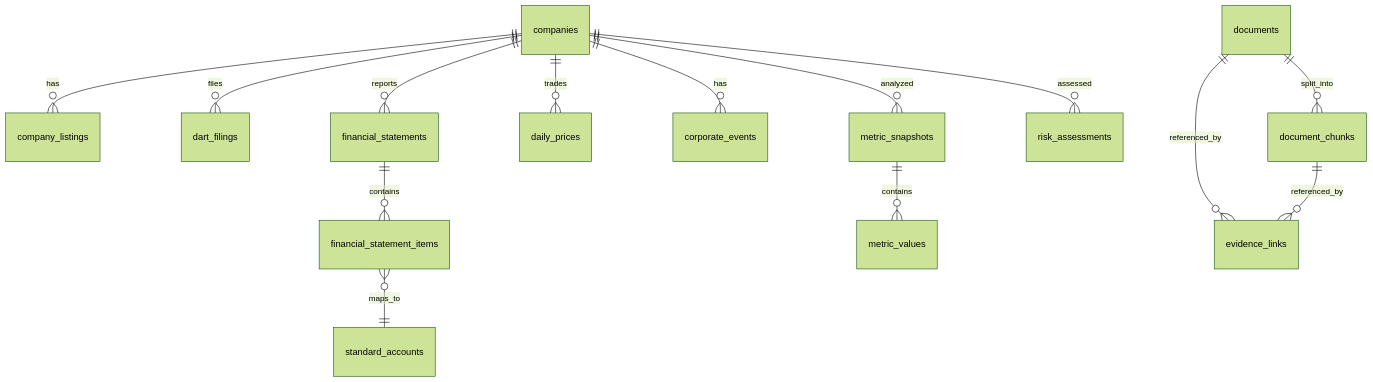
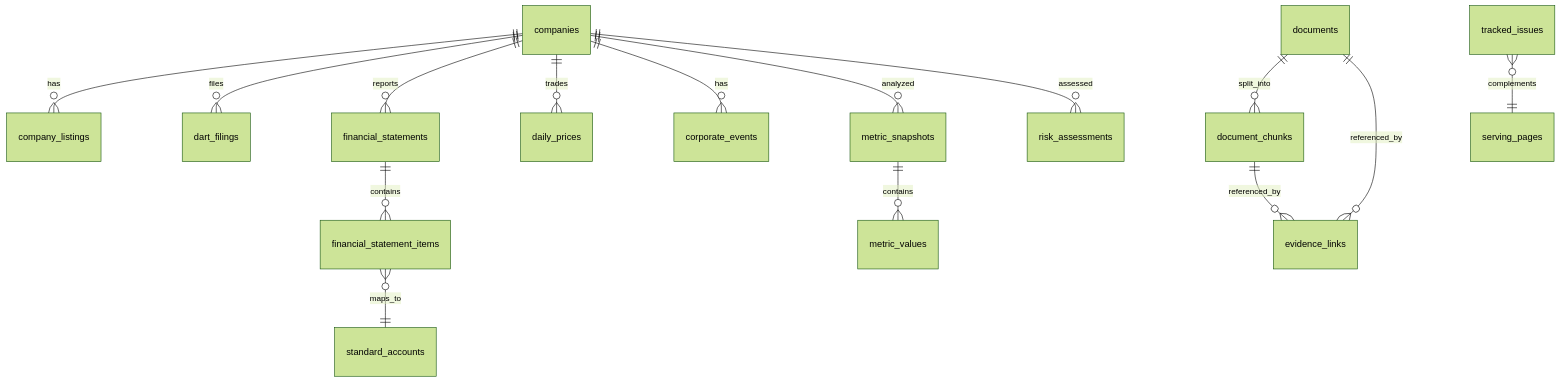
One commit to GmelaN/FinDART changed the diagram in docs/db_schema.md. Above: the diagram before and after it, drawn with Mermaid (forest theme). The commit also changed other lines of this file and 5 other files, not shown here.

````diff
--- a/docs/db_schema.md
+++ b/docs/db_schema.md
@@ -9,16 +9,17 @@
 ```mermaid
 erDiagram
     companies ||--o{ company_listings : has
     companies ||--o{ dart_filings : files
     companies ||--o{ financial_statements : reports
     financial_statements ||--o{ financial_statement_items : contains
     financial_statement_items }o--|| standard_accounts : maps_to
     companies ||--o{ daily_prices : trades
     companies ||--o{ corporate_events : has
     companies ||--o{ metric_snapshots : analyzed
     metric_snapshots ||--o{ metric_values : contains
     companies ||--o{ risk_assessments : assessed
     documents ||--o{ document_chunks : split_into
     documents ||--o{ evidence_links : referenced_by
     document_chunks ||--o{ evidence_links : referenced_by
+    tracked_issues }o--|| serving_pages : complements
 ```
````
